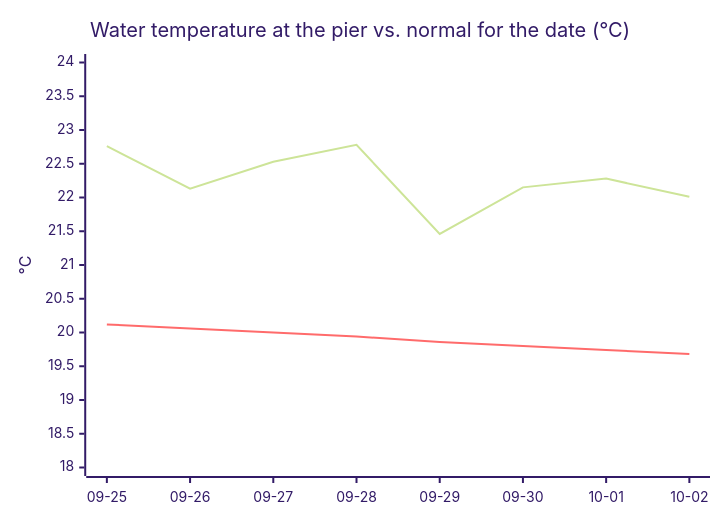
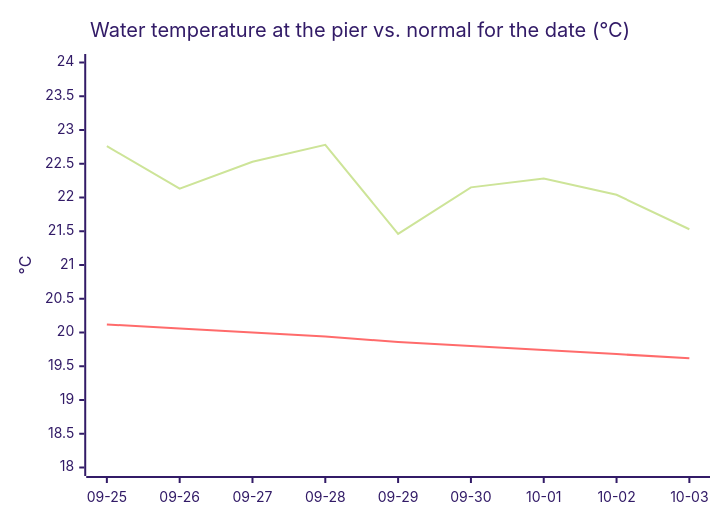
Before and after one commit to joshuafrommeyer-35/PierTracker: the third of 3 diagrams in README.md, drawn with Mermaid (forest theme). The commit also changed other lines of this file and 7 other files, not shown here.

````diff
--- a/README.md
+++ b/README.md
@@ -159,8 +160,8 @@
 ```mermaid
 xychart-beta
     title "Water temperature at the pier vs. normal for the date (°C)"
-    x-axis ["09-25", "09-26", "09-27", "09-28", "09-29", "09-30", "10-01", "10-02"]
+    x-axis ["09-25", "09-26", "09-27", "09-28", "09-29", "09-30", "10-01", "10-02", "10-03"]
     y-axis "°C" 18 --> 24
-    line [22.76, 22.13, 22.53, 22.78, 21.46, 22.15, 22.28, 22.01]
-    line [20.12, 20.06, 20.0, 19.94, 19.86, 19.8, 19.74, 19.68]
+    line [22.76, 22.13, 22.53, 22.78, 21.46, 22.15, 22.28, 22.04, 21.53]
+    line [20.12, 20.06, 20.0, 19.94, 19.86, 19.8, 19.74, 19.68, 19.62]
 ```
````
